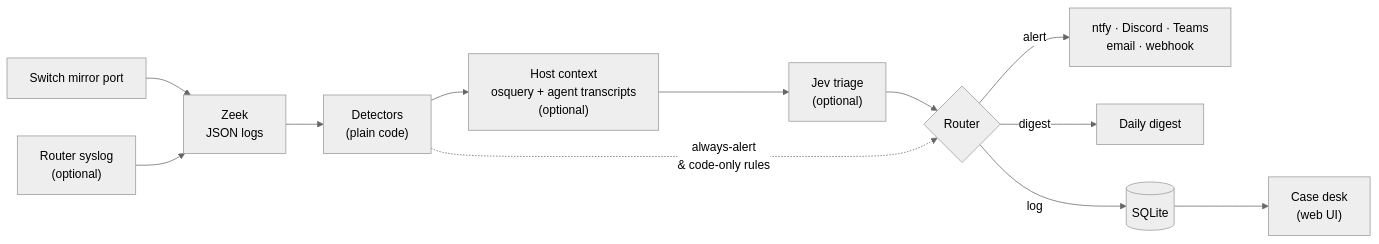
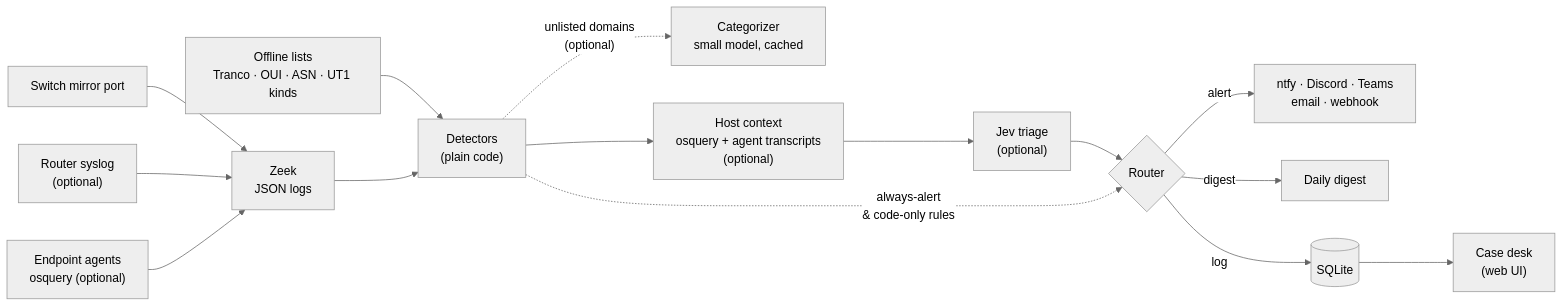
The diagram in README.md (barnabys-drew/tapwatch), drawn with Mermaid (neutral theme) before and after one commit. The commit also changed other lines of this file and 1 other file, not shown here.

First line of the commit message:
README: describe what tapwatch is today; diagrams show agents, lists and the categorizer

````diff
--- a/README.md
+++ b/README.md
@@ -31,14 +38,17 @@
 ```mermaid
 flowchart LR
     M["Switch mirror port"] --> Z["Zeek<br/>JSON logs"]
     S["Router syslog<br/>(optional)"] --> Z
+    A["Endpoint agents<br/>osquery (optional)"] --> Z
+    L["Offline lists<br/>Tranco · OUI · ASN · UT1 kinds"] --> D
     Z --> D["Detectors<br/>(plain code)"]
+    D -. "unlisted domains<br/>(optional)" .-> C["Categorizer<br/>small model, cached"]
     D --> H["Host context<br/>osquery + agent transcripts<br/>(optional)"]
     H --> J["Jev triage<br/>(optional)"]
     J --> R{"Router"}
     D -. "always-alert<br/>& code-only rules" .-> R
     R -->|alert| N["ntfy · Discord · Teams<br/>email · webhook"]
     R -->|digest| G["Daily digest"]
     R -->|log| DB[("SQLite")]
     DB --> UI["Case desk<br/>(web UI)"]
 ```
````
